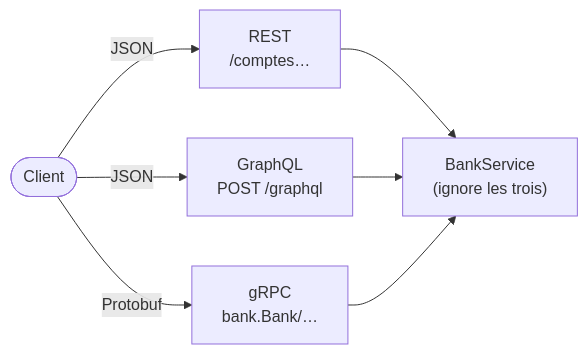
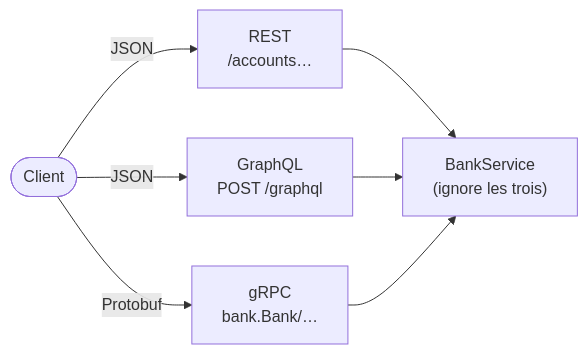
One commit to drangoht/ArchitecturesDemo changed the diagram in Docs/fiches/23-rest-grpc-graphql.md. Above: the diagram before and after it, drawn with Mermaid. The commit also changed 78 other files, not shown here.

First line of the commit message:
Docs EN : identifiants, liens, diagrammes et sorties alignés sur le code anglais

````diff
--- a/Docs/fiches/23-rest-grpc-graphql.md
+++ b/Docs/fiches/23-rest-grpc-graphql.md
@@ -10,7 +10,7 @@
 ```mermaid
 flowchart LR
-    APP(["Client"]) -->|JSON| R["REST<br/>/comptes…"]
+    APP(["Client"]) -->|JSON| R["REST<br/>/accounts…"]
     APP -->|JSON| Q["GraphQL<br/>POST /graphql"]
     APP -->|Protobuf| G["gRPC<br/>bank.Bank/…"]
     R & Q & G --> M["BankService<br/>(ignore les trois)"]
 ```
````
